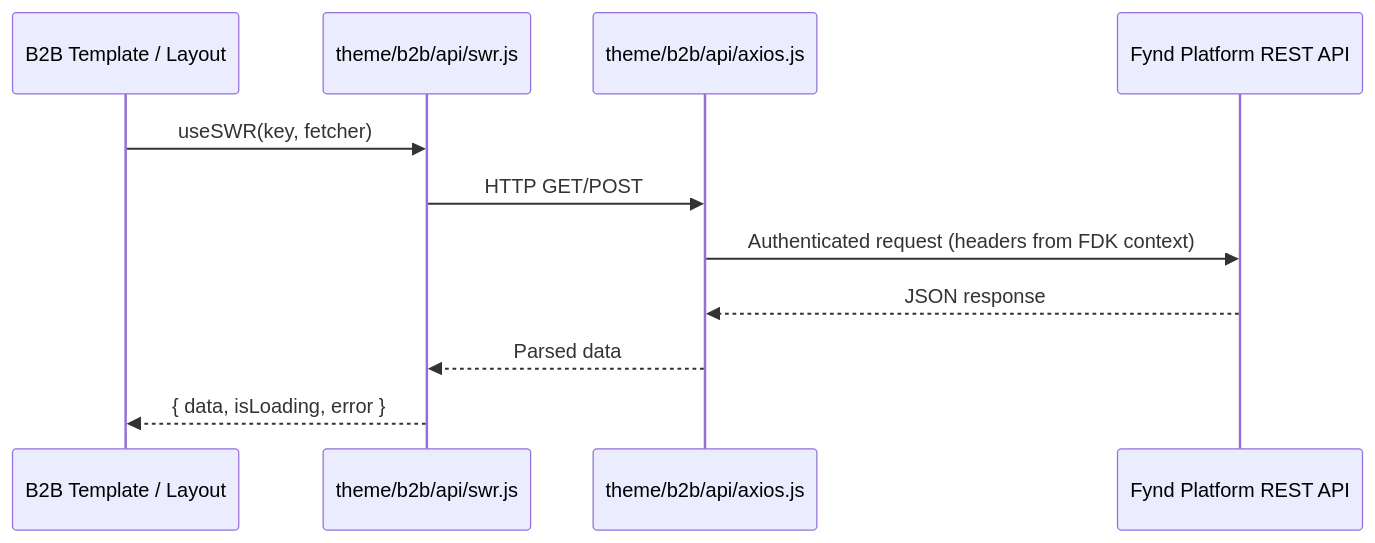
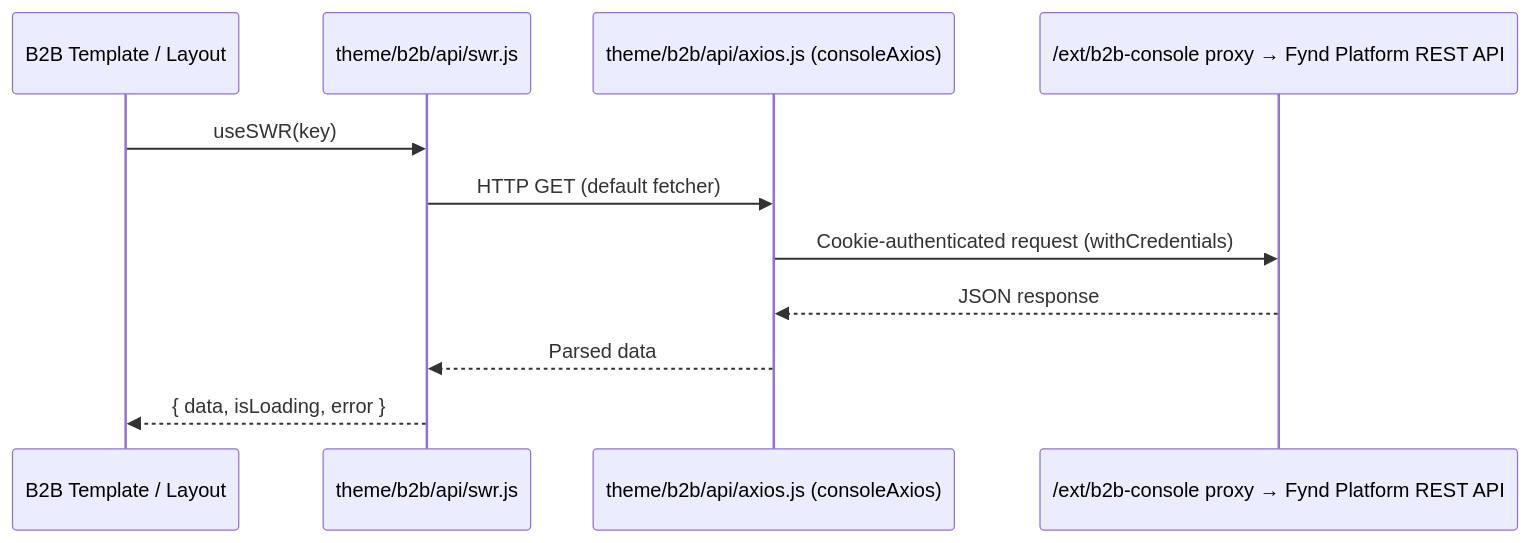
One commit to hetdevx/b2b-market-place-docs changed the second of 4 diagrams in docs/02-architecture/data-flow.md. Above: the diagram before and after it, drawn with Mermaid. The commit also changed other lines of this file and 154 other files, not shown here.

````diff
--- a/docs/02-architecture/data-flow.md
+++ b/docs/02-architecture/data-flow.md
@@ -33,14 +37,14 @@
 ```mermaid
 sequenceDiagram
     participant Component as B2B Template / Layout
     participant SWR as theme/b2b/api/swr.js
-    participant Axios as theme/b2b/api/axios.js
-    participant API as Fynd Platform REST API
+    participant Axios as theme/b2b/api/axios.js (consoleAxios)
+    participant API as /ext/b2b-console proxy → Fynd Platform REST API
 
-    Component->>SWR: useSWR(key, fetcher)
-    SWR->>Axios: HTTP GET/POST
-    Axios->>API: Authenticated request (headers from FDK context)
+    Component->>SWR: useSWR(key)
+    SWR->>Axios: HTTP GET (default fetcher)
+    Axios->>API: Cookie-authenticated request (withCredentials)
     API-->>Axios: JSON response
     Axios-->>SWR: Parsed data
     SWR-->>Component: { data, isLoading, error }
 ```
````
